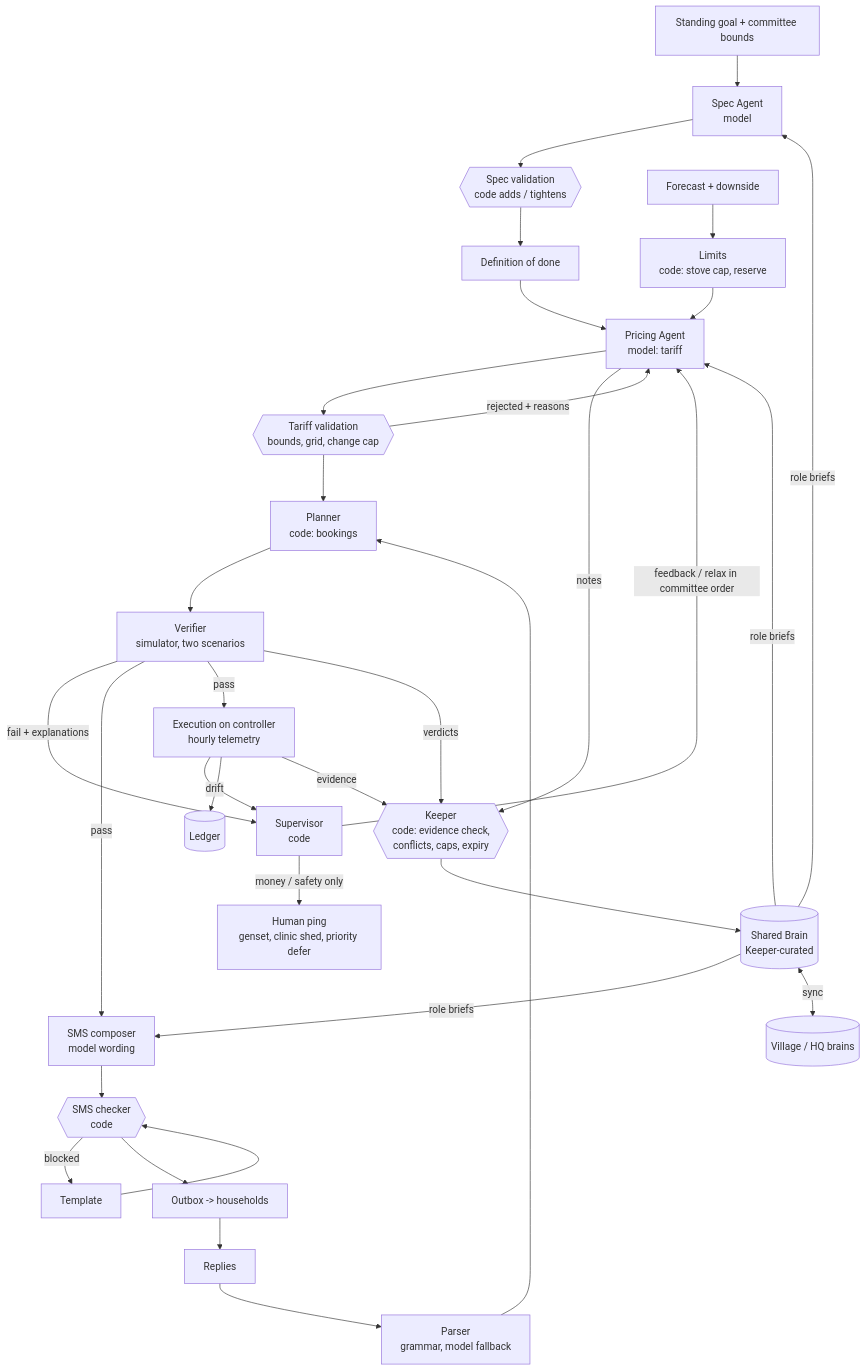
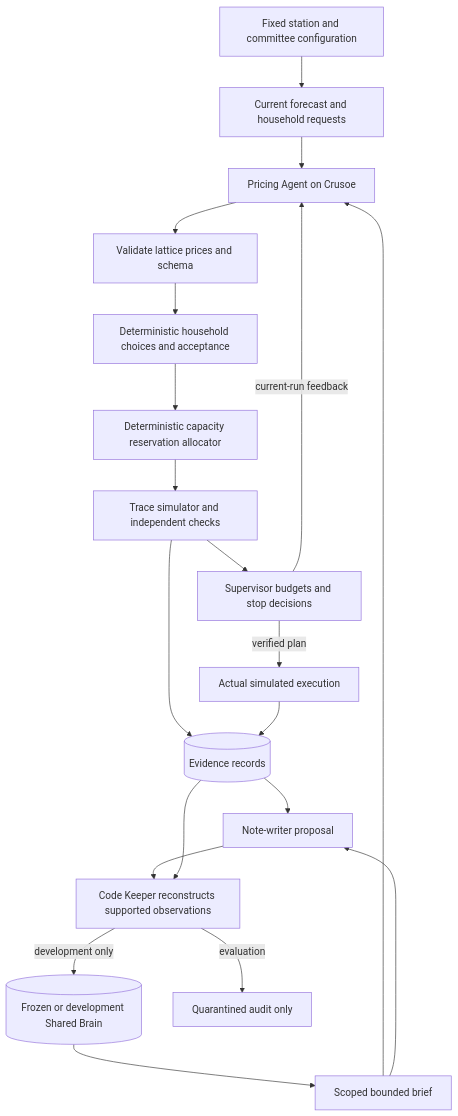
Before and after one commit to amahaeitbit/green-stove-agents: the diagram in docs/architecture.md, drawn with Mermaid. The commit also changed other lines of this file and 8 other files, not shown here.

Commit message:
docs: define two-person build and shared-memory evaluation

````diff
--- a/docs/architecture.md
+++ b/docs/architecture.md
@@ -5,33 +7,22 @@
 ```mermaid
 flowchart TD
-    G[Standing goal + committee bounds] --> SA[Spec Agent<br/>model]
-    SA --> SV{{Spec validation<br/>code adds / tightens}}
-    SV --> DOD[Definition of done]
-    F[Forecast + downside] --> L[Limits<br/>code: stove cap, reserve]
-    B[(Shared Brain<br/>Keeper-curated)] -->|role briefs| SA
-    B -->|role briefs| PA
-    B -->|role briefs| SMS
-    DOD --> PA[Pricing Agent<br/>model: tariff]
-    L --> PA
-    PA --> PV{{Tariff validation<br/>bounds, grid, change cap}}
-    PV -->|rejected + reasons| PA
-    PV --> PL[Planner<br/>code: bookings]
-    PL --> VE[Verifier<br/>simulator, two scenarios]
-    VE -->|fail + explanations| SU[Supervisor<br/>code]
-    SU -->|feedback / relax in committee order| PA
-    VE -->|pass| SMS[SMS composer<br/>model wording]
-    SMS --> CK{{SMS checker<br/>code}}
-    CK -->|blocked| T[Template] --> CK
-    CK --> OUT[Outbox -> households]
-    OUT --> R[Replies] --> P[Parser<br/>grammar, model fallback]
-    P --> PL
-    VE -->|pass| EX[Execution on controller<br/>hourly telemetry]
-    EX -->|drift| SU
-    SU -->|money / safety only| H[Human ping<br/>genset, clinic shed, priority defer]
-    EX --> LG[(Ledger)]
-    EX -->|evidence| K{{Keeper<br/>code: evidence check,<br/>conflicts, caps, expiry}}
-    VE -->|verdicts| K
-    PA -->|notes| K
-    K --> B
-    B <-->|sync| HQ[(Village / HQ brains)]
+    C[Fixed station and committee configuration] --> X[Current forecast and household requests]
+    M[(Frozen or development Shared Brain)] --> B[Scoped bounded brief]
+    X --> P[Pricing Agent on Crusoe]
+    B --> P
+    P --> T[Validate lattice prices and schema]
+    T --> H[Deterministic household choices and acceptance]
+    H --> A[Deterministic capacity reservation allocator]
+    A --> V[Trace simulator and independent checks]
+    V --> S[Supervisor budgets and stop decisions]
+    S -->|current-run feedback| P
+    S -->|verified plan| E[Actual simulated execution]
+    V --> R[(Evidence records)]
+    E --> R
+    R --> N[Note-writer proposal]
+    B --> N
+    N --> K[Code Keeper reconstructs supported observations]
+    R --> K
+    K -->|development only| M
+    K -->|evaluation| Q[Quarantined audit only]
 ```
````
